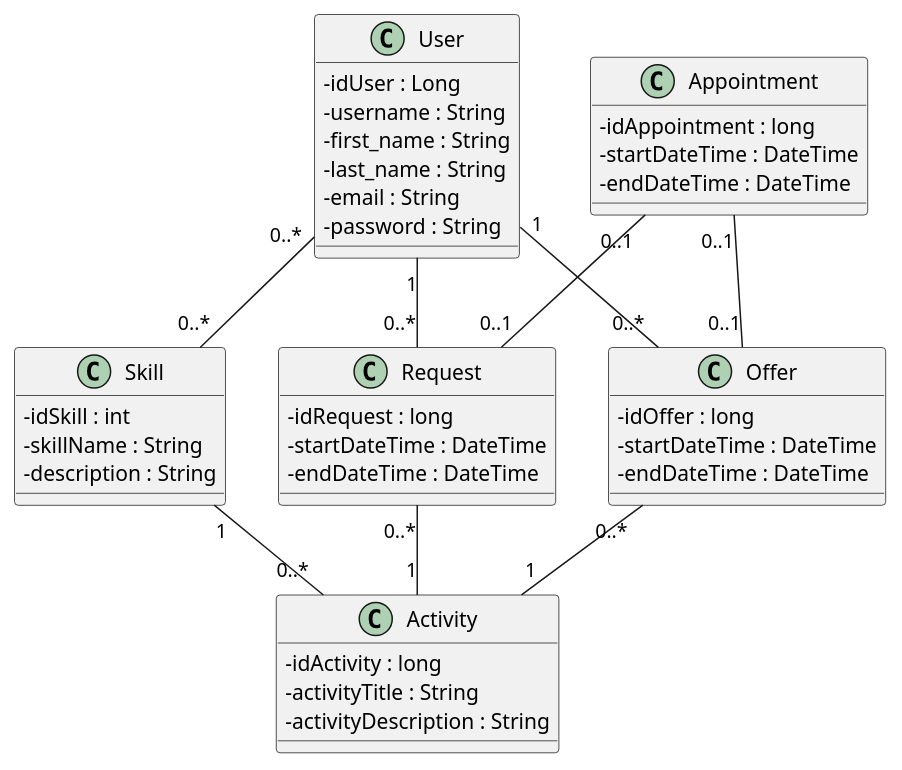
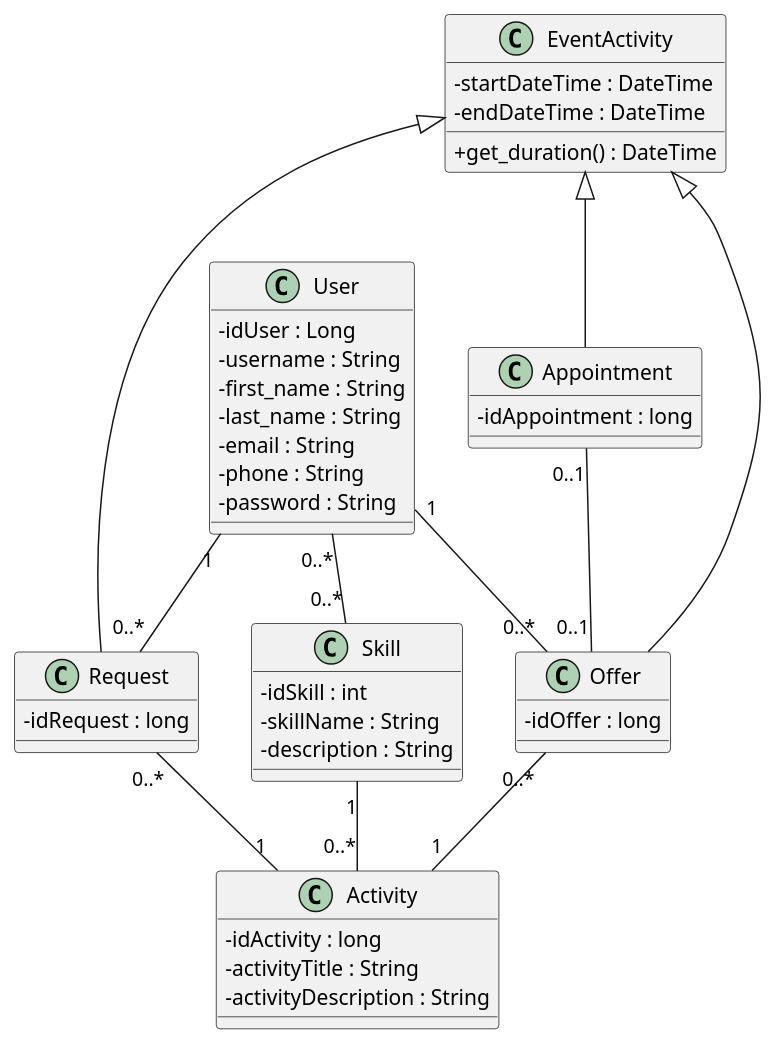
One commit to albanmartel/SkillsExchange changed the diagram in Modelisation/02_CLASS_DIAGRAM/02_Class_Digram.puml. Above: the diagram before and after it, drawn with PlantUML.

Commit message:
UPDATE '02_Class_Digram.puml ' enlever la liaison entre  request et appointement. Mettre dans la modélisation une notion d'héritage avec EventActivity qui sera une classe mère abstraite.

```diff
--- a/Modelisation/02_CLASS_DIAGRAM/02_Class_Digram.puml
+++ b/Modelisation/02_CLASS_DIAGRAM/02_Class_Digram.puml
@@ -1,51 +1,55 @@
 @startuml
 skinparam classAttributeIconSize 0
 
 class User {
   - idUser : Long
   - username : String
   - first_name : String
   - last_name : String
   - email : String
+  - phone : String
   - password : String
 }
 
 class Skill {
   - idSkill : int
   - skillName : String
   - description : String
 }
 
 class Activity {
   - idActivity : long
   - activityTitle : String
   - activityDescription : String
 }
 
+class EventActivity {
+  - startDateTime : DateTime
+  - endDateTime : DateTime
+  + get_duration() : DateTime
+}
+
 class Offer {
   - idOffer : long
-  - startDateTime : DateTime
-  - endDateTime : DateTime
 }
 
 class Appointment{
   - idAppointment : long
-  - startDateTime : DateTime
-  - endDateTime : DateTime
 }
 
 class Request {
   - idRequest : long
-  - startDateTime : DateTime
-  - endDateTime : DateTime
 }
+
+EventActivity <|-- Offer
+EventActivity <|-- Appointment
+EventActivity <|-- Request
 
 User "0..*" -- "0..*" Skill
 User "1" -- "0..*" Offer
 User "1" -- "0..*" Request
 Skill "1" -- "0..*" Activity
 Appointment "0..1" -- "0..1" Offer
-Appointment "0..1" -- "0..1" Request
 Offer "0..*" -- "1" Activity
 Request "0..*" -- "1" Activity
 @enduml
```
